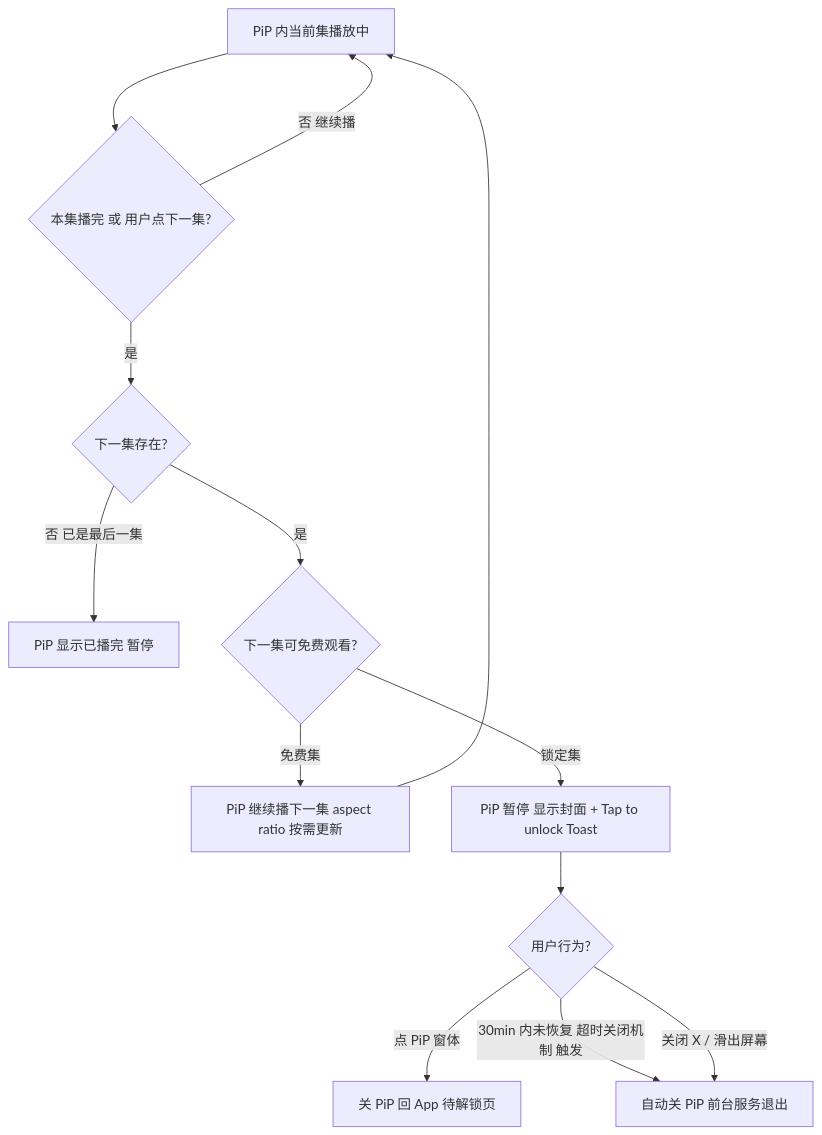
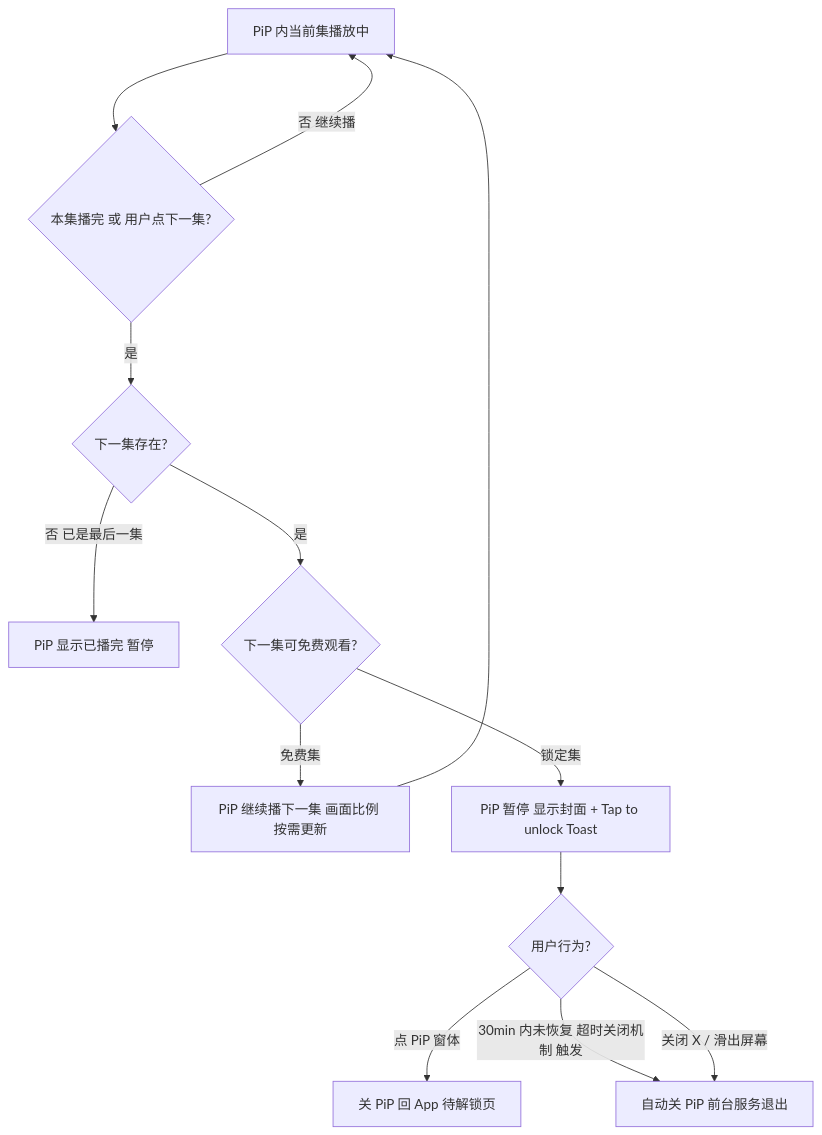
One commit to king460357/ff-app-prd changed the second of 2 diagrams in docs/20260529/PRD/画中画/20260529_画中画_PRD.md. Above: the diagram before and after it, drawn with Mermaid. The commit also changed other lines of this file and 1 other file, not shown here.

````diff
--- a/docs/20260529/PRD/画中画/20260529_画中画_PRD.md
+++ b/docs/20260529/PRD/画中画/20260529_画中画_PRD.md
@@ -84,15 +84,15 @@
 ```mermaid
 flowchart TD
  B0[PiP 内当前集播放中] --> B1{本集播完 或 用户点下一集?}
  B1 -->|否 继续播| B0
  B1 -->|是| B2{下一集存在?}
  B2 -->|否 已是最后一集| B3[PiP 显示已播完 暂停]
  B2 -->|是| B4{下一集可免费观看?}
- B4 -->|免费集| B5[PiP 继续播下一集 aspect ratio 按需更新]
+ B4 -->|免费集| B5[PiP 继续播下一集 画面比例 按需更新]
  B5 --> B0
  B4 -->|锁定集| B6[PiP 暂停 显示封面 + Tap to unlock Toast]
  B6 --> B7{用户行为?}
  B7 -->|点 PiP 窗体| B8[关 PiP 回 App 待解锁页]
  B7 -->|30min 内未恢复 超时关闭机制 触发| B9[自动关 PiP 前台服务退出]
  B7 -->|关闭 X / 滑出屏幕| B9
 ```
````
